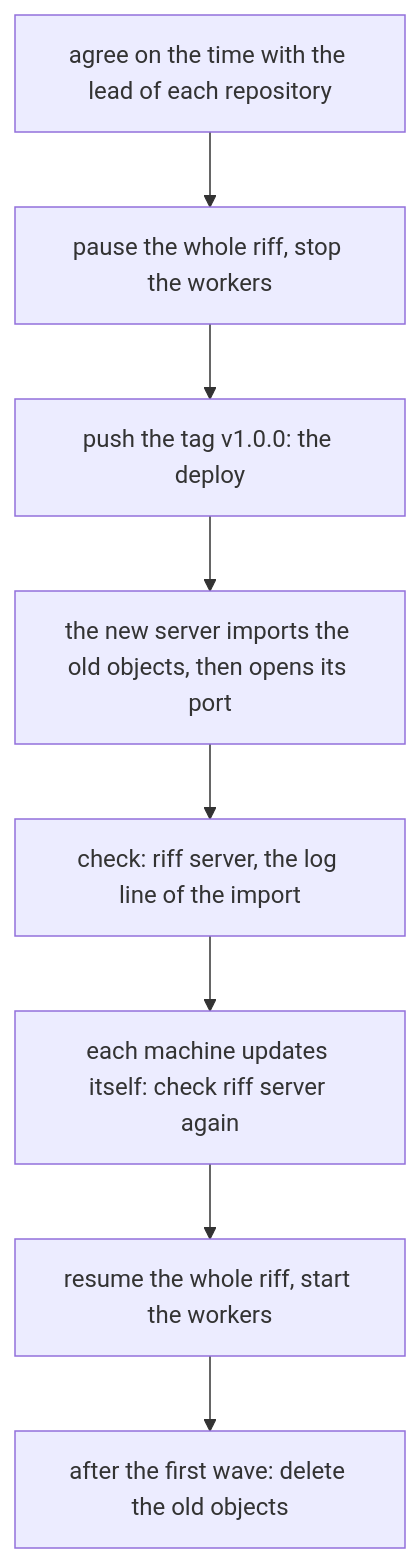
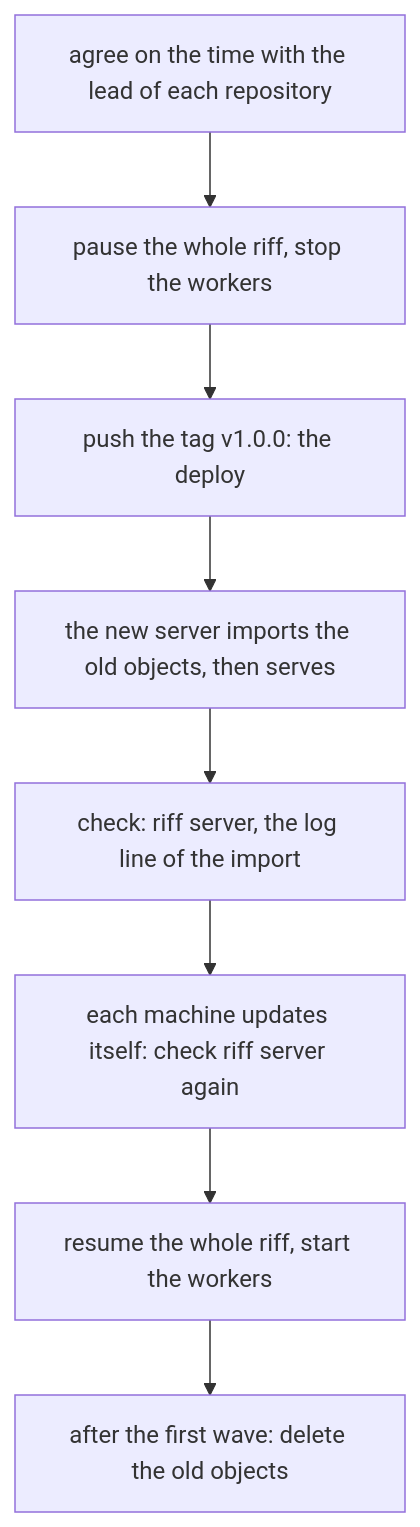
Before and after one commit to como-technologies/riff: diagram 27 of 29 in docs/src/development.md, drawn with Mermaid. The commit also changed other lines of this file and 11 other files, not shown here.

````diff
--- a/docs/src/development.md
+++ b/docs/src/development.md
@@ -3379,10 +3382,10 @@
 ```mermaid
 flowchart TD
     A[agree on the time with the lead of each repository] --> P[pause the whole riff, stop the workers]
     P --> T[push the tag v1.0.0: the deploy]
-    T --> I[the new server imports the old objects, then opens its port]
+    T --> I[the new server imports the old objects, then serves]
     I --> C[check: riff server, the log line of the import]
     C --> U[each machine updates itself: check riff server again]
     U --> R[resume the whole riff, start the workers]
     R --> D[after the first wave: delete the old objects]
 ```
````
